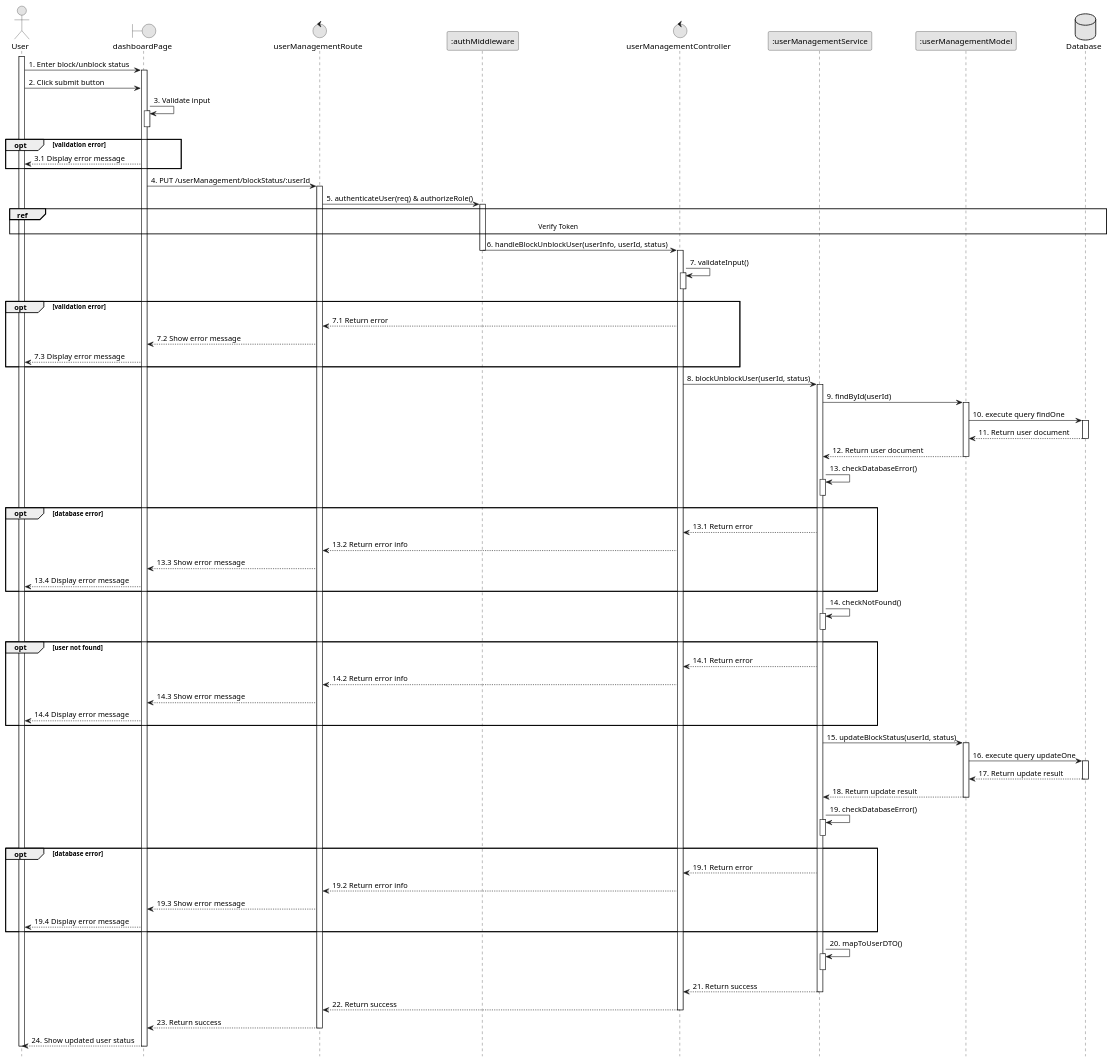
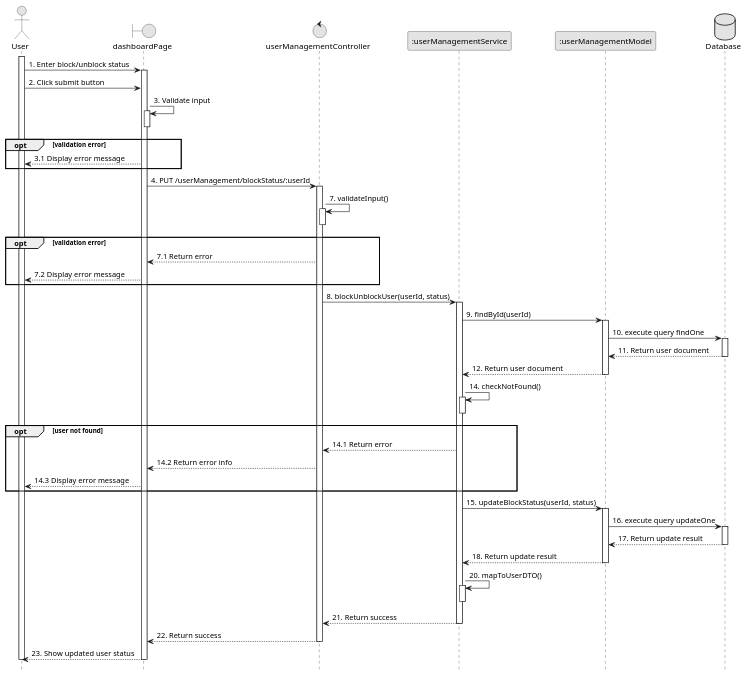
One commit to VietDurian/VietDurian changed the diagram in planuml/web/12.1.2_BlockUnblockUser.puml. Above: the diagram before and after it, drawn with PlantUML. The commit also changed 39 other files, not shown here.

Commit message:
ViVLT: Add sequence diagram

```diff
--- a/planuml/web/12.1.2_BlockUnblockUser.puml
+++ b/planuml/web/12.1.2_BlockUnblockUser.puml
@@ -1,101 +1,71 @@
 @startuml 12.1.2_BlockUnblockUser
 skinparam monochrome true
 skinparam shadowing false
 skinparam sequenceArrowThickness 1
 hide footbox
 
 actor User
 boundary dashboardPage as UI
-control userManagementRoute as Route
-participant ":authMiddleware" as Middleware
 control userManagementController as Controller
 participant ":userManagementService" as Service
 participant ":userManagementModel" as Model
 database Database as DB
 
 activate User
 User -> UI : 1. Enter block/unblock status
 activate UI
 User -> UI : 2. Click submit button
 UI -> UI : 3. Validate input
 activate UI
 deactivate UI
 opt validation error
     UI --> User : 3.1 Display error message
 end
-UI -> Route : 4. PUT /userManagement/blockStatus/:userId
-activate Route
-Route -> Middleware : 5. authenticateUser(req) & authorizeRole()
-activate Middleware
-ref over User, DB: Verify Token
-Middleware -> Controller : 6. handleBlockUnblockUser(userInfo, userId, status)
-deactivate Middleware
+UI -> Controller : 4. PUT /userManagement/blockStatus/:userId
 activate Controller
 Controller -> Controller : 7. validateInput()
 activate Controller
 deactivate Controller
 opt validation error
-    Controller --> Route : 7.1 Return error
-    Route --> UI : 7.2 Show error message
-    UI --> User : 7.3 Display error message
+    Controller --> UI : 7.1 Return error
+    UI --> User : 7.2 Display error message
 end
 Controller -> Service : 8. blockUnblockUser(userId, status)
 activate Service
 Service -> Model : 9. findById(userId)
 activate Model
 Model -> DB : 10. execute query findOne
 activate DB
 DB --> Model : 11. Return user document
 deactivate DB
 Model --> Service : 12. Return user document
 deactivate Model
-Service -> Service : 13. checkDatabaseError()
-activate Service
-deactivate Service
-opt database error
-    Service --> Controller : 13.1 Return error
-    Controller --> Route : 13.2 Return error info
-    Route --> UI : 13.3 Show error message
-    UI --> User : 13.4 Display error message
-end
 Service -> Service : 14. checkNotFound()
 activate Service
 deactivate Service
 opt user not found
     Service --> Controller : 14.1 Return error
-    Controller --> Route : 14.2 Return error info
-    Route --> UI : 14.3 Show error message
-    UI --> User : 14.4 Display error message
+    Controller --> UI : 14.2 Return error info
+    UI --> User : 14.3 Display error message
 end
 Service -> Model : 15. updateBlockStatus(userId, status)
 activate Model
 Model -> DB : 16. execute query updateOne
 activate DB
 DB --> Model : 17. Return update result
 deactivate DB
 Model --> Service : 18. Return update result
 deactivate Model
-Service -> Service : 19. checkDatabaseError()
-activate Service
-deactivate Service
-opt database error
-    Service --> Controller : 19.1 Return error
-    Controller --> Route : 19.2 Return error info
-    Route --> UI : 19.3 Show error message
-    UI --> User : 19.4 Display error message
-end
 Service -> Service : 20. mapToUserDTO()
 activate Service
 deactivate Service
 Service --> Controller : 21. Return success
 deactivate Service
-Controller --> Route : 22. Return success
+Controller --> UI : 22. Return success
 deactivate Controller
-Route --> UI : 23. Return success
-deactivate Route
 
-UI --> User : 24. Show updated user status
+UI --> User : 23. Show updated user status
 deactivate UI
 deactivate User
 
 @enduml
```
